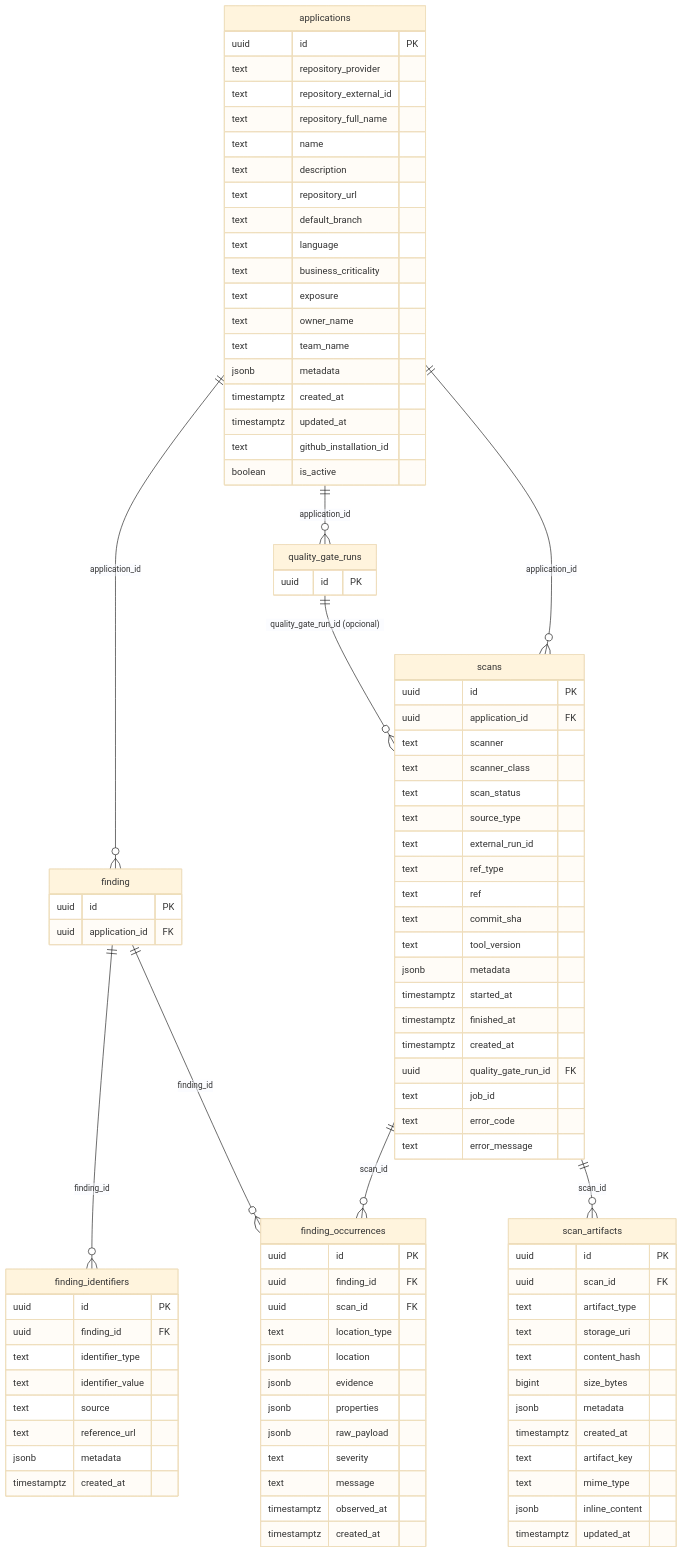
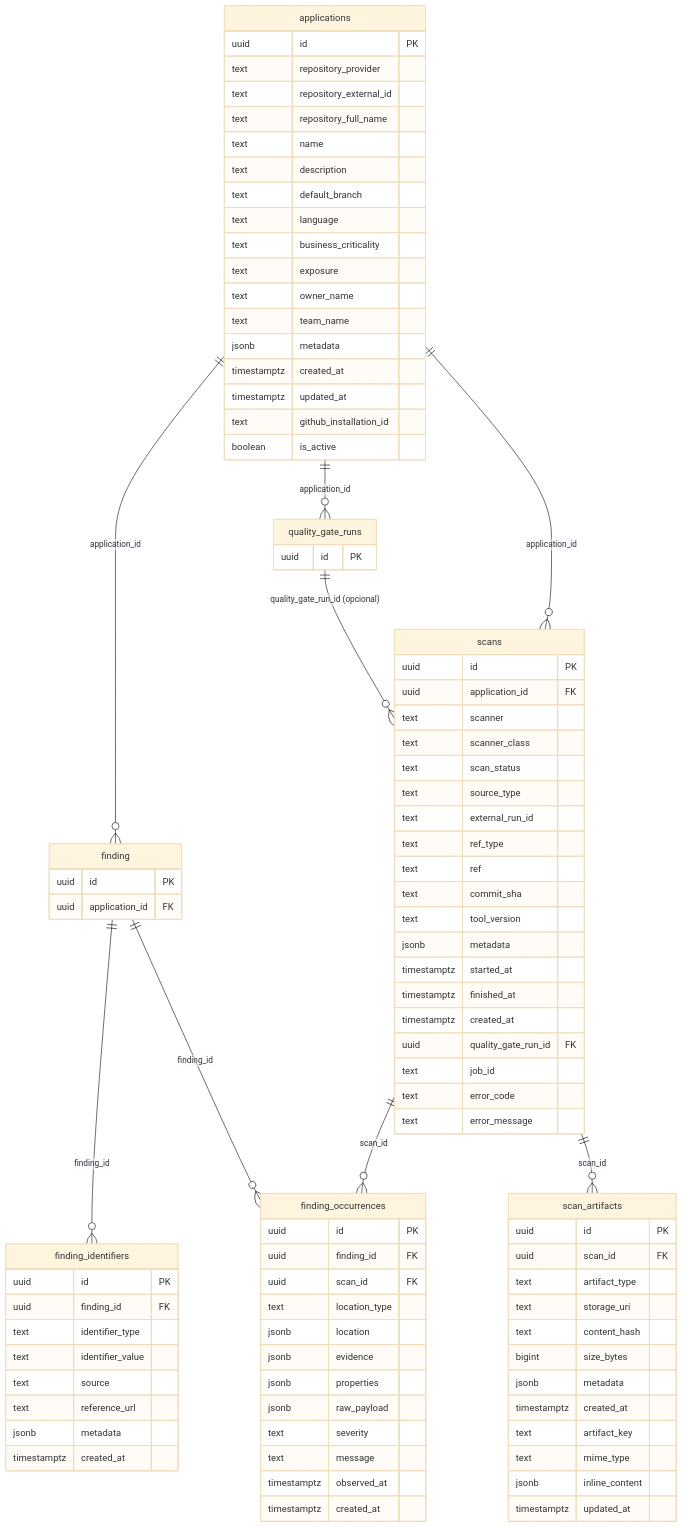
Before and after one commit to OdinEye-FIAP/aspm-docs: the third of 5 diagrams in docs/reference/database-schema.md, drawn with Mermaid (base theme). The commit also changed other lines of this file and 1 other file, not shown here.

Commit message:
docs: schema do pequod sem campos repetidos (repository_url e identidade do run)

```diff
--- a/docs/reference/database-schema.md
+++ b/docs/reference/database-schema.md
@@ -240,7 +240,6 @@
         text repository_full_name
         text name
         text description
-        text repository_url
         text default_branch
         text language
         text business_criticality
```
